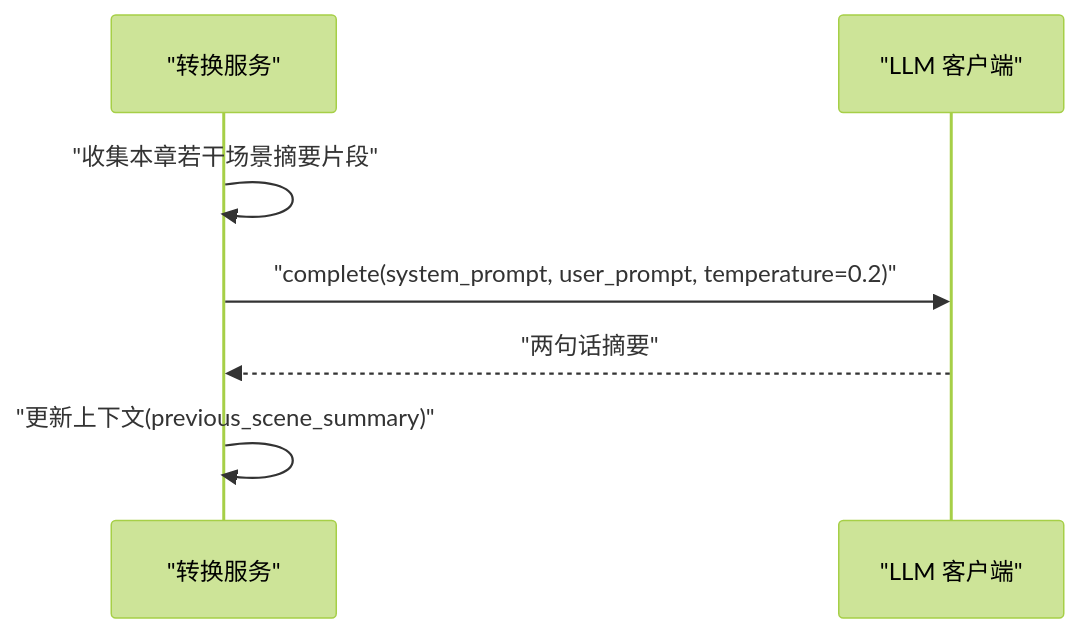
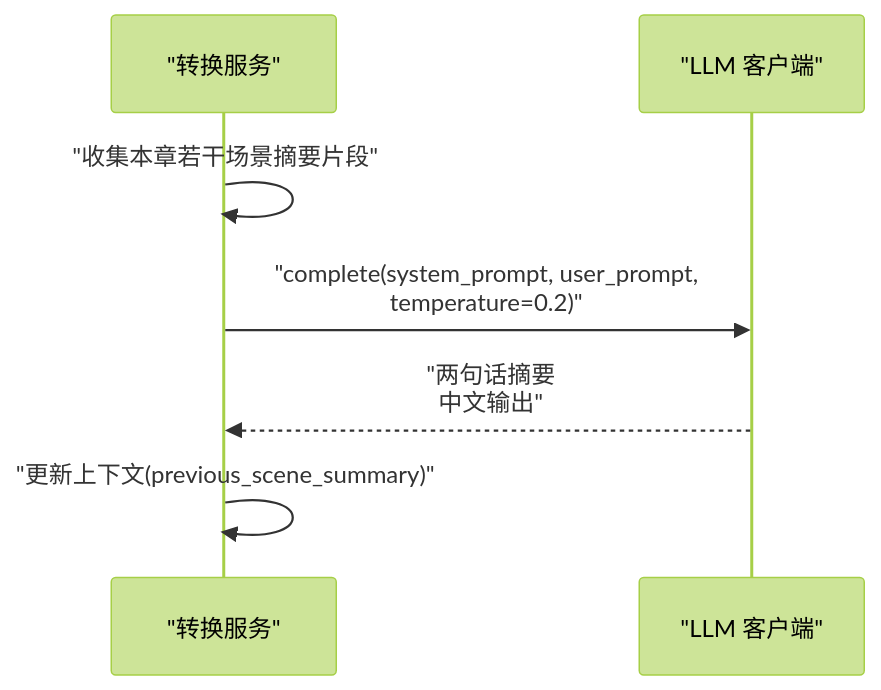
Before and after one commit to tjujingzong/Novel-to-Screenplay: the fourth of 8 diagrams in .qoder/repowiki/zh/content/LLM集成/提示工程设计.md, drawn with Mermaid (forest theme). The commit also changed other lines of this file and 21 other files, not shown here.

````diff
--- a/.qoder/repowiki/zh/content/LLM集成/提示工程设计.md
+++ b/.qoder/repowiki/zh/content/LLM集成/提示工程设计.md
@@ -216,9 +222,9 @@
 ```mermaid
 sequenceDiagram
 participant CV as "转换服务"
 participant CL as "LLM 客户端"
 CV->>CV : "收集本章若干场景摘要片段"
-CV->>CL : "complete(system_prompt, user_prompt, temperature=0.2)"
-CL-->>CV : "两句话摘要"
+CV->>CL : "complete(system_prompt, user_prompt,<br/>temperature=0.2)"
+CL-->>CV : "两句话摘要<br/>中文输出"
 CV->>CV : "更新上下文(previous_scene_summary)"
 ```
````
